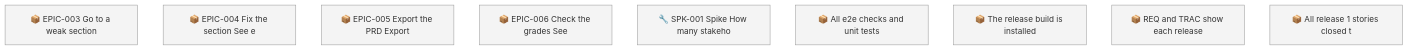
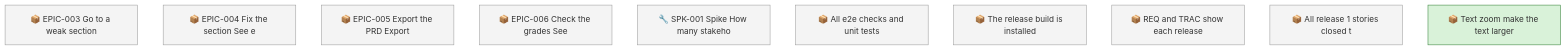
Before and after one commit to SpillwaveSolutions/prd-forge-viewer: the first of 2 diagrams in docs/roadmap.md, drawn with Mermaid. The commit also changed other lines of this file and 15 other files, not shown here.

````diff
--- a/docs/roadmap.md
+++ b/docs/roadmap.md
@@ -64,14 +68,17 @@
 ```mermaid
 graph TD
     01M61XNJQPA0F7H1BG56ERNJ3P["📦 EPIC-003 Go to a weak section"]
     01M61XNK50616FWM0WZ4FGWGEB["📦 EPIC-004 Fix the section See e"]
     01M61XNK9MPMV0RAEKPX0JC3K4["📦 EPIC-005 Export the PRD Export"]
     01M61XNM7GHPSJ1B96BCHA59ZE["📦 EPIC-006 Check the grades See"]
     01M61XNM9NY7F4D4V7400J56X9["🔧 SPK-001 Spike How many stakeho"]
     01M62C7REGCD2R415FMWFCZMV8["📦 All e2e checks and unit tests"]
     01M62C7REGCD2R415FMWFCZMVA["📦 The release build is installed"]
     01M62C7REHN9N2P8Z19K0EPA0F["📦 REQ and TRAC show each release"]
     01M62C7REHN9N2P8Z19K0EPA0H["📦 All release 1 stories closed t"]
+    01M677QK6YTWSKBMRNXRVHVYVR["📦 Text zoom make the text larger"]
     classDef todo fill:#f4f4f4,stroke:#999999
     class 01M61XNJQPA0F7H1BG56ERNJ3P,01M61XNK50616FWM0WZ4FGWGEB,01M61XNK9MPMV0RAEKPX0JC3K4,01M61XNM7GHPSJ1B96BCHA59ZE,01M61XNM9NY7F4D4V7400J56X9,01M62C7REGCD2R415FMWFCZMV8,01M62C7REGCD2R415FMWFCZMVA,01M62C7REHN9N2P8Z19K0EPA0F,01M62C7REHN9N2P8Z19K0EPA0H todo
+    classDef in_progress fill:#d9f2d9,stroke:#2e7d32
+    class 01M677QK6YTWSKBMRNXRVHVYVR in_progress
 ```
````
